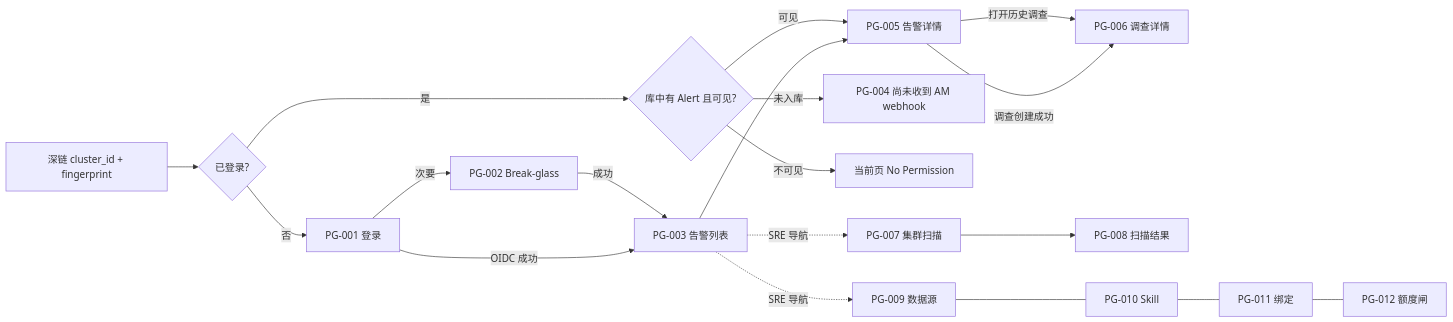
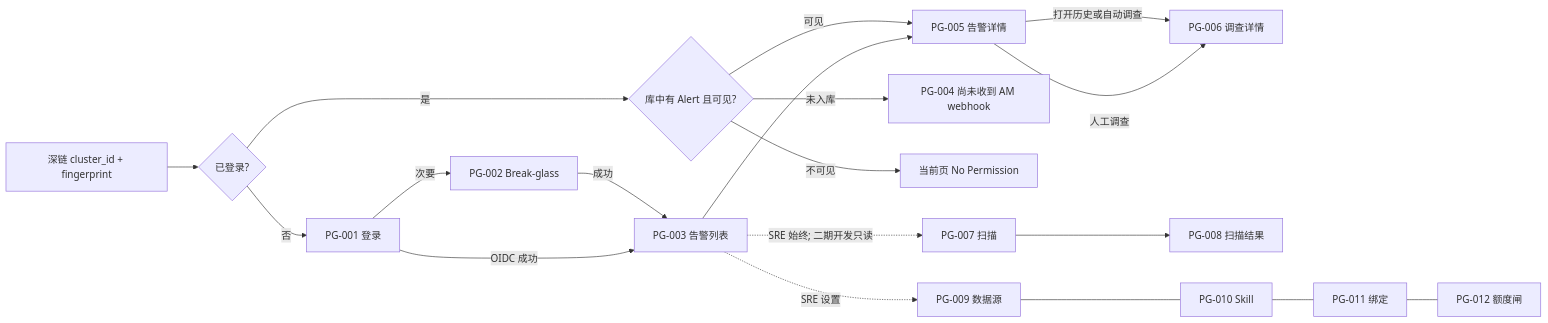
The diagram in docs/04_interaction_design/interaction_design_summary.md (Mylifeforrent/huntai-sre), drawn with Mermaid before and after one commit. The commit also changed other lines of this file and 1 other file, not shown here.

````diff
--- a/docs/04_interaction_design/interaction_design_summary.md
+++ b/docs/04_interaction_design/interaction_design_summary.md
@@ -221,21 +258,21 @@
 ```mermaid
 flowchart LR
   PG001[PG-001 登录] -->|OIDC 成功| PG003[PG-003 告警列表]
   PG001 -->|次要| PG002[PG-002 Break-glass]
   PG002 -->|成功| PG003
   PG003 --> PG005[PG-005 告警详情]
   DL[深链 cluster_id + fingerprint] --> AUTH{已登录?}
   AUTH -->|否| PG001
   AUTH -->|是| HIT{库中有 Alert 且可见?}
   HIT -->|未入库| PG004[PG-004 尚未收到 AM webhook]
   HIT -->|不可见| NP[当前页 No Permission]
   HIT -->|可见| PG005
-  PG005 -->|调查创建成功| PG006[PG-006 调查详情]
-  PG005 -->|打开历史调查| PG006
-  PG007[PG-007 集群扫描] --> PG008[PG-008 扫描结果]
-  PG003 -.->|SRE 导航| PG007
-  PG003 -.->|SRE 导航| PG009[PG-009 数据源]
+  PG005 -->|人工调查| PG006[PG-006 调查详情]
+  PG005 -->|打开历史或自动调查| PG006
+  PG007[PG-007 扫描] --> PG008[PG-008 扫描结果]
+  PG003 -.->|SRE 始终; 二期开发只读| PG007
+  PG003 -.->|SRE 设置| PG009[PG-009 数据源]
   PG009 --- PG010[PG-010 Skill]
   PG010 --- PG011[PG-011 绑定]
   PG011 --- PG012[PG-012 额度闸]
 ```
````
